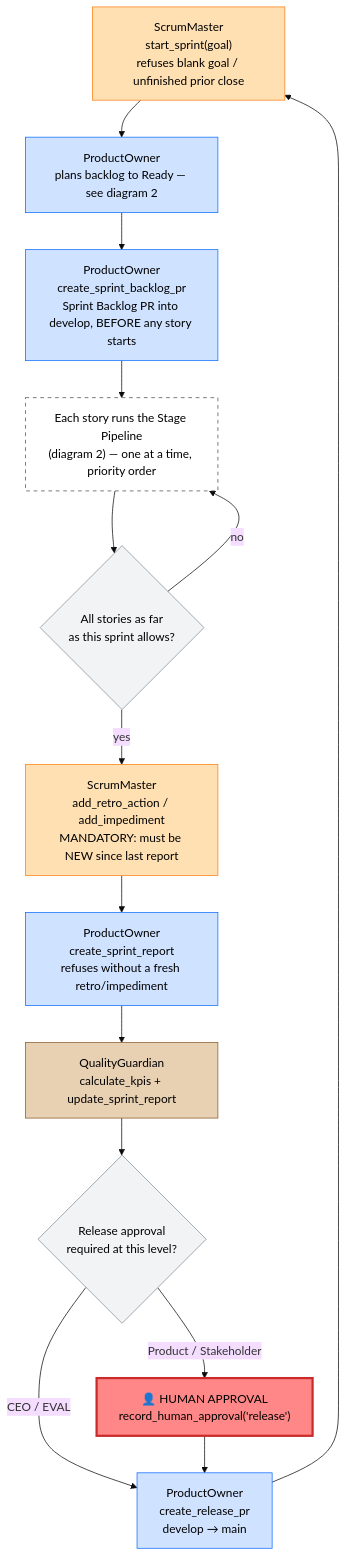
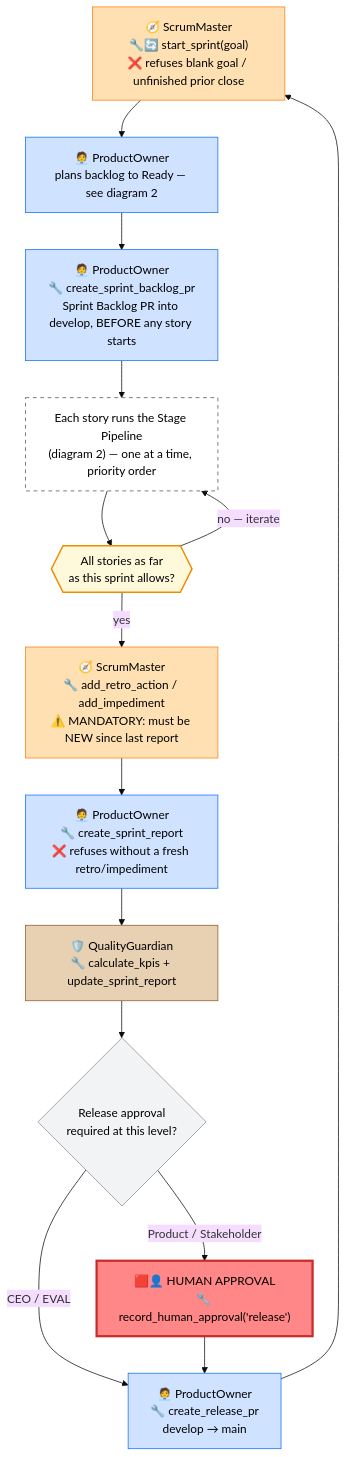
The first of 2 diagrams in docs/DEVELOPMENT-WORKFLOW.md (CI-Till-Krempel/Horseless-Carriage), drawn with Mermaid (base theme) before and after one commit. The commit also changed other lines of this file, not shown here.

First line of the commit message:
Add icon vocabulary and loop shapes to the workflow diagram

````diff
--- a/docs/DEVELOPMENT-WORKFLOW.md
+++ b/docs/DEVELOPMENT-WORKFLOW.md
@@ -36,26 +38,27 @@
 ```mermaid
 flowchart TD
-    A["ScrumMaster\nstart_sprint(goal)\nrefuses blank goal / unfinished prior close"]:::sm --> B["ProductOwner\nplans backlog to Ready — see diagram 2"]:::po
-    B --> C["ProductOwner\ncreate_sprint_backlog_pr\nSprint Backlog PR into develop, BEFORE any story starts"]:::po
+    A["🧭 ScrumMaster\n🔧🔄 start_sprint(goal)\n❌ refuses blank goal / unfinished prior close"]:::sm --> B["🧑‍💼 ProductOwner\nplans backlog to Ready — see diagram 2"]:::po
+    B --> C["🧑‍💼 ProductOwner\n🔧 create_sprint_backlog_pr\nSprint Backlog PR into develop, BEFORE any story starts"]:::po
     C --> D["Each story runs the Stage Pipeline\n(diagram 2) — one at a time, priority order"]:::multi
-    D --> E{"All stories as far\nas this sprint allows?"}:::gate
-    E -- no --> D
-    E -- yes --> F["ScrumMaster\nadd_retro_action / add_impediment\nMANDATORY: must be NEW since last report"]:::sm
-    F --> G["ProductOwner\ncreate_sprint_report\nrefuses without a fresh retro/impediment"]:::po
-    G --> H["QualityGuardian\ncalculate_kpis + update_sprint_report"]:::qg
+    D --> E{{"All stories as far\nas this sprint allows?"}}:::loop
+    E -- "no — iterate" --> D
+    E -- yes --> F["🧭 ScrumMaster\n🔧 add_retro_action / add_impediment\n⚠️ MANDATORY: must be NEW since last report"]:::sm
+    F --> G["🧑‍💼 ProductOwner\n🔧 create_sprint_report\n❌ refuses without a fresh retro/impediment"]:::po
+    G --> H["🛡️ QualityGuardian\n🔧 calculate_kpis + update_sprint_report"]:::qg
     H --> I{"Release approval\nrequired at this level?"}:::gate
-    I -- "Product / Stakeholder" --> J["👤 HUMAN APPROVAL\nrecord_human_approval('release')"]:::human
+    I -- "Product / Stakeholder" --> J["🟥👤 HUMAN APPROVAL\n🔧 record_human_approval('release')"]:::human
     I -- "CEO / EVAL" --> K
-    J --> K["ProductOwner\ncreate_release_pr\ndevelop → main"]:::po
+    J --> K["🧑‍💼 ProductOwner\n🔧 create_release_pr\ndevelop → main"]:::po
     K --> A
 
     classDef po fill:#cfe2ff,stroke:#0d6efd,color:#000
     classDef sm fill:#ffe0b3,stroke:#fd7e14,color:#000
     classDef dev fill:#d1f7d6,stroke:#198754,color:#000
     classDef arch fill:#e6d9f7,stroke:#6f42c1,color:#000
     classDef qa fill:#fff3b0,stroke:#e0b400,color:#000
     classDef qg fill:#e8d0b3,stroke:#8b5a2b,color:#000
     classDef human fill:#ff8787,stroke:#c92a2a,stroke-width:3px,color:#000
     classDef gate fill:#f1f3f5,stroke:#868e96,color:#000
     classDef multi fill:#ffffff,stroke:#495057,stroke-dasharray: 5 5,color:#000
+    classDef loop fill:#fff9db,stroke:#f08c00,stroke-width:2px,color:#000
 ```
````
